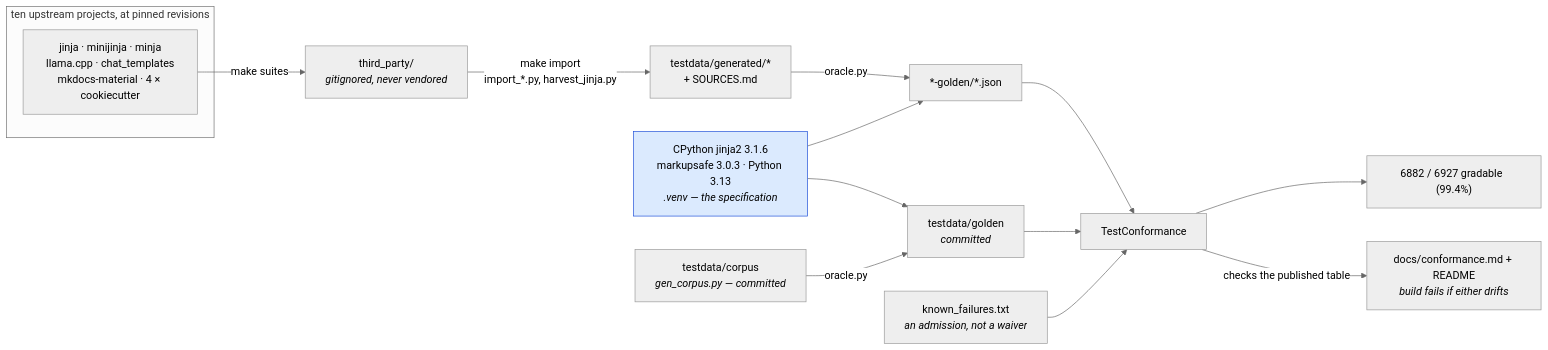
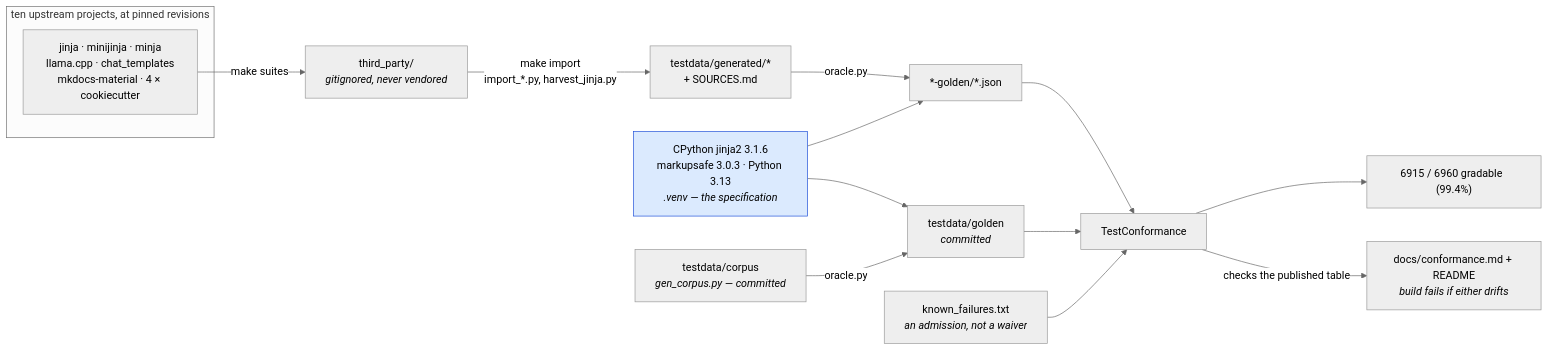
Before and after one commit to mgilbir/gojja2: the first of 2 diagrams in docs/conformance.md, drawn with Mermaid (neutral theme). The commit also changed other lines of this file and 114 other files, not shown here.

````diff
--- a/docs/conformance.md
+++ b/docs/conformance.md
@@ -17,24 +17,24 @@
 ```mermaid
 flowchart LR
     subgraph up["ten upstream projects, at pinned revisions"]
         U1["jinja · minijinja · minja<br/>llama.cpp · chat_templates<br/>mkdocs-material · 4 × cookiecutter"]
     end
     U1 -->|"make suites"| TP["third_party/<br/><i>gitignored, never vendored</i>"]
     TP -->|"make import<br/>import_*.py, harvest_jinja.py"| GEN["testdata/generated/*<br/>+ SOURCES.md"]
 
     ORA["CPython jinja2 3.1.6<br/>markupsafe 3.0.3 · Python 3.13<br/><i>.venv — the specification</i>"]
     GEN -->|"oracle.py"| G2["*-golden/*.json"]
     ORA --> G2
 
     OWN["testdata/corpus<br/><i>gen_corpus.py — committed</i>"] -->|"oracle.py"| G1["testdata/golden<br/><i>committed</i>"]
     ORA --> G1
 
     G1 --> TC["TestConformance"]
     G2 --> TC
     KF["known_failures.txt<br/><i>an admission, not a waiver</i>"] --> TC
-    TC --> RATE["6882 / 6927 gradable  (99.4%)"]
+    TC --> RATE["6915 / 6960 gradable  (99.4%)"]
     TC -->|"checks the published table"| RM["docs/conformance.md + README<br/><i>build fails if either drifts</i>"]
 
     classDef spec fill:#dbeafe,stroke:#1d4ed8,color:#000
     class ORA spec
 ```
````
